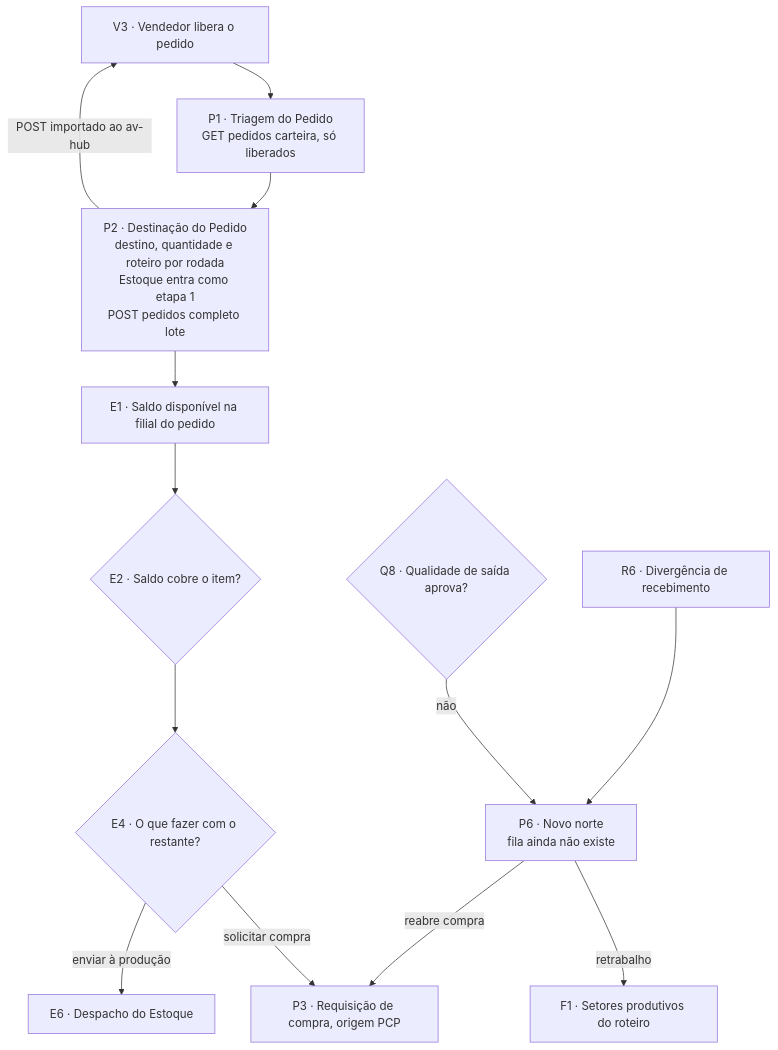
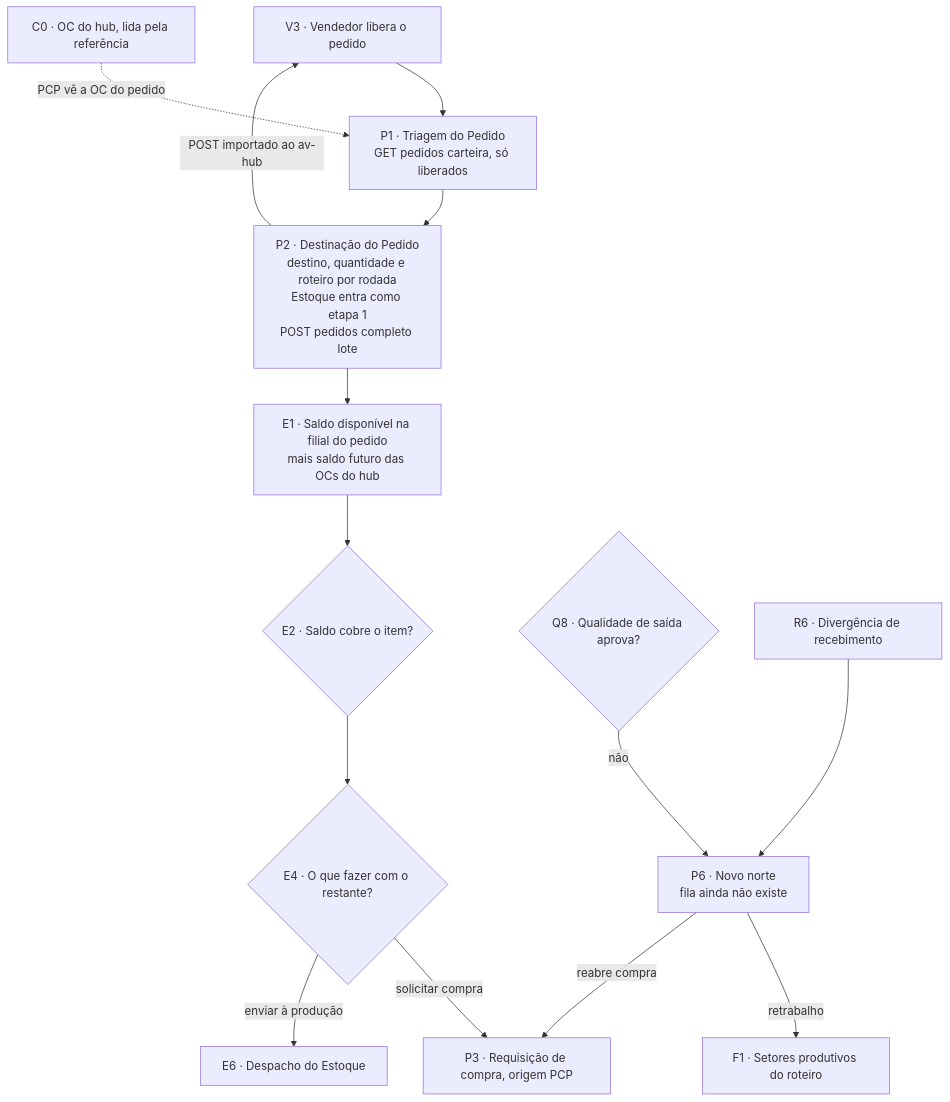
One commit to Acosvital/vault-avhub-mer changed the diagram in 02-Fluxo-de-Atividades/02-PCP-Triagem-e-Destinacao.md. Above: the diagram before and after it, drawn with Mermaid. The commit also changed other lines of this file and 34 other files, not shown here.

````diff
--- a/02-Fluxo-de-Atividades/02-PCP-Triagem-e-Destinacao.md
+++ b/02-Fluxo-de-Atividades/02-PCP-Triagem-e-Destinacao.md
@@ -124,15 +131,16 @@
 ```mermaid
 flowchart TD
     V3["V3 · Vendedor libera o pedido"] --> P1["P1 · Triagem do Pedido<br/>GET pedidos carteira, só liberados"]
     P1 --> P2["P2 · Destinação do Pedido<br/>destino, quantidade e roteiro por rodada<br/>Estoque entra como etapa 1<br/>POST pedidos completo lote"]
     P2 -->|"POST importado ao av-hub"| V3
-    P2 --> E1["E1 · Saldo disponível na filial do pedido"]
+    P2 --> E1["E1 · Saldo disponível na filial do pedido<br/>mais saldo futuro das OCs do hub"]
+    C0["C0 · OC do hub, lida pela referência"] -.->|"PCP vê a OC do pedido"| P1
     E1 --> E2{"E2 · Saldo cobre o item?"}
     E2 --> E4{"E4 · O que fazer com o restante?"}
     E4 -->|"solicitar compra"| P3["P3 · Requisição de compra, origem PCP"]
     E4 -->|"enviar à produção"| E6["E6 · Despacho do Estoque"]
     Q8{"Q8 · Qualidade de saída aprova?"} -->|não| P6["P6 · Novo norte<br/>fila ainda não existe"]
     R6["R6 · Divergência de recebimento"] --> P6
     P6 -->|retrabalho| F1["F1 · Setores produtivos do roteiro"]
     P6 -->|"reabre compra"| P3
 ```
````
